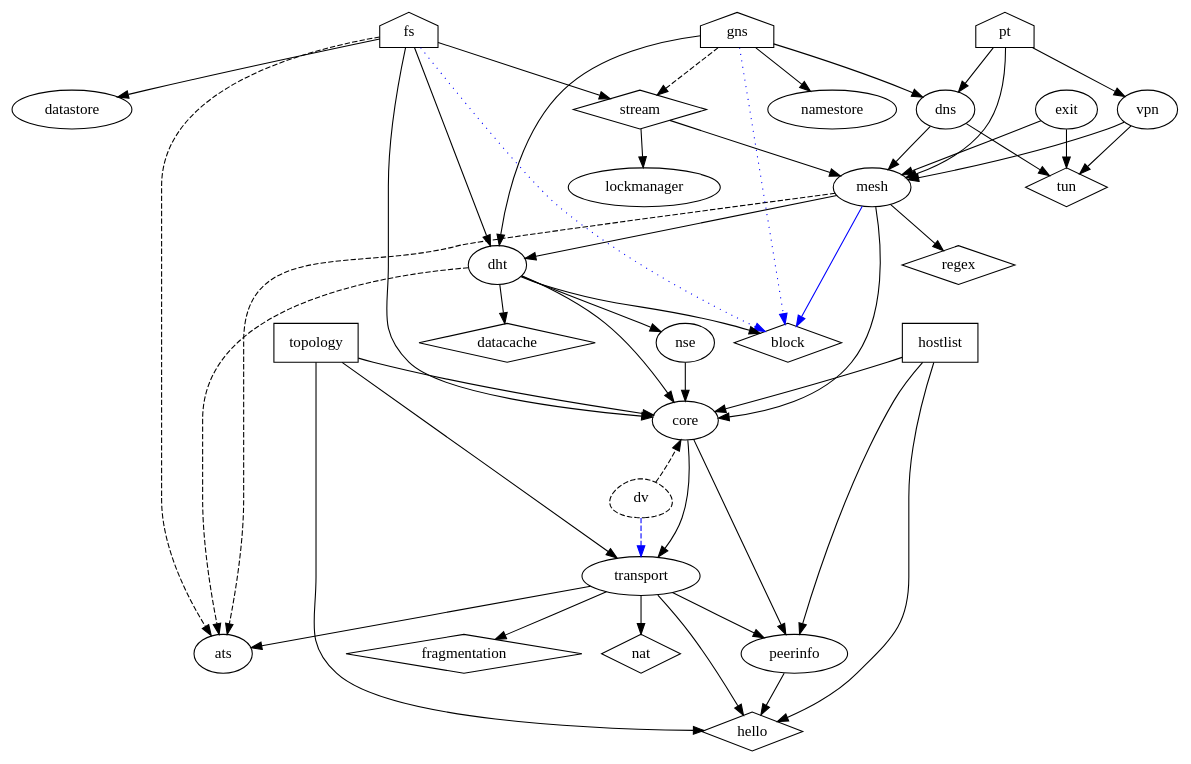
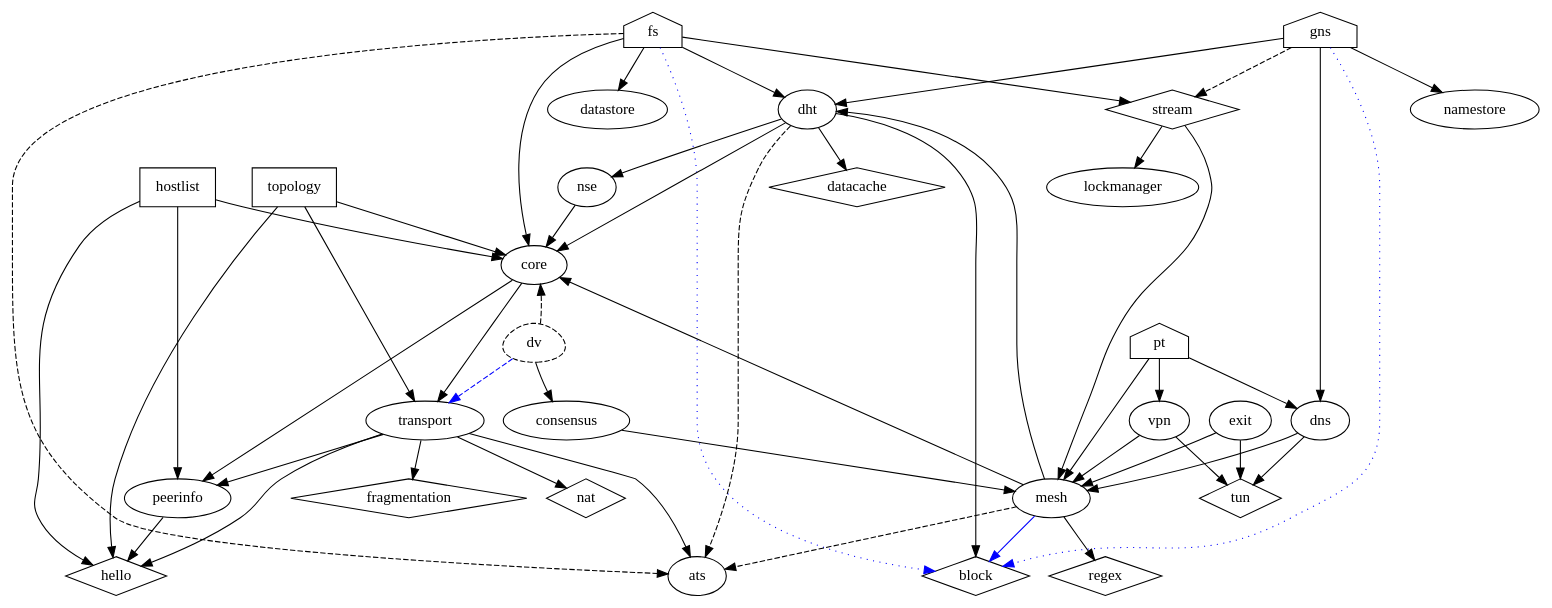
One commit to GNUnet-Mirror/GNUnet changed the diagram in doc/structure.dot. Above: the diagram before and after it, drawn with Graphviz. The commit also changed 14 other files, not shown here.

```diff
--- a/doc/structure.dot
+++ b/doc/structure.dot
@@ -1,104 +1,107 @@
 // house = application
 // circle (default) = service
 // box = daemon
 // diamond = library
 // black line = dependency
 // blue line = extension via plugin
 // dashed = in planning
 
 digraph dependencies {
 splines = true;
 
   fs [shape=house];
   fs -> dht;
   fs -> core;
   fs -> datastore;
   fs -> stream;
   fs -> ats [style=dashed];
   fs -> block [style=dotted,color=blue];
   exit -> mesh;
   exit -> tun;
   vpn -> mesh;
   vpn -> tun;
   pt [shape=house];
   pt -> mesh;
   pt -> vpn;
   pt -> dns;
   dns -> mesh;
   dns -> tun;
   gns [shape=house];
   gns -> namestore;
   gns -> dns;
   gns -> dht;
   gns -> stream [style=dashed];
   gns -> block [style=dotted,color=blue];
 //  psycd [style=dashed,shape=house];
 //  psycd -> mesh [style=dashed];
   stream [shape=diamond];
   stream -> mesh;
   stream -> lockmanager;
   dht -> core;
   dht -> nse;
   dht -> block;
   dht -> datacache;
   dht -> ats [style=dashed];
   nse -> core;
   block [shape=diamond];
   datacache [shape=diamond];
   mesh -> core [weight=2];
   mesh -> dht;
   mesh -> regex;
   mesh -> block [color=blue];
   mesh -> ats [style=dashed];
   regex [shape=diamond];
   core -> transport;
   core -> peerinfo;
   topology [shape=box];
   topology -> transport;
   topology -> core;
   topology -> hello;
   hostlist [shape=box];
   hostlist -> core;
   hostlist -> peerinfo;
   hostlist -> hello;
   transport -> ats;
   transport -> hello;	  
   transport -> peerinfo;
   transport -> nat;
   transport -> fragmentation;
   dv [style=dashed,shape=egg,layer=core];
   dv -> transport [style=dashed,color=blue];
   dv -> core [style=dashed];
+  dv -> consensus;
+  consensus -> dv [style=invis]; // force dv below consensus
+  consensus -> mesh;
   core -> dv [style=invis]; // force dv below core
   peerinfo -> hello;
   fragmentation [shape=diamond];
   hello [shape=diamond];
   nat [shape=diamond];
   tun [shape=diamond];
 
   subgraph STREAM {
     stream; lockmanager;
   }
   subgraph DHT {
     dht; nse; datacache; block;
   }
   subgraph MESH {
     mesh; regex;
   }
   subgraph TRANSPORT {
     transport; dv; peerinfo; hello; nat; ats;
   }
   subgraph CORE {
     core; hostlist; topology;
   }
   subgraph FS {
     fs; datastore;
   }
   subgraph GNS {
     gns; namestore;
   }
   subgraph VPN {
     vpn; pt; exit;
   }
 
 }
```
